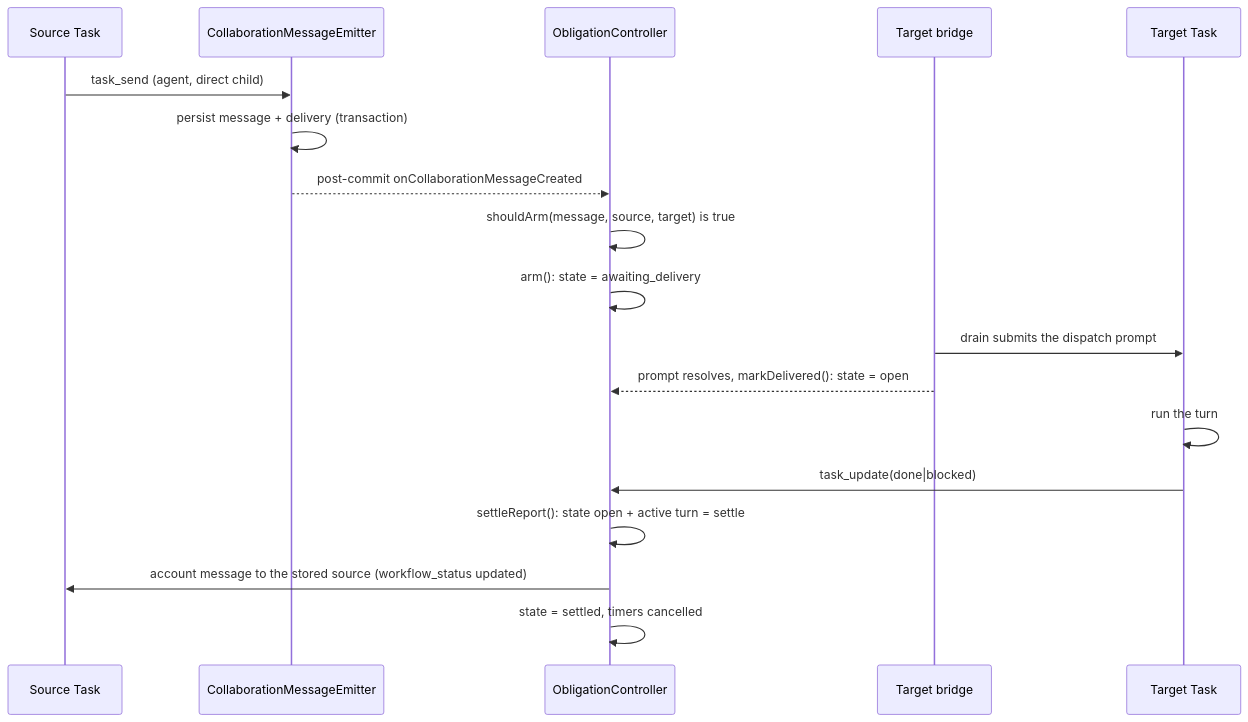
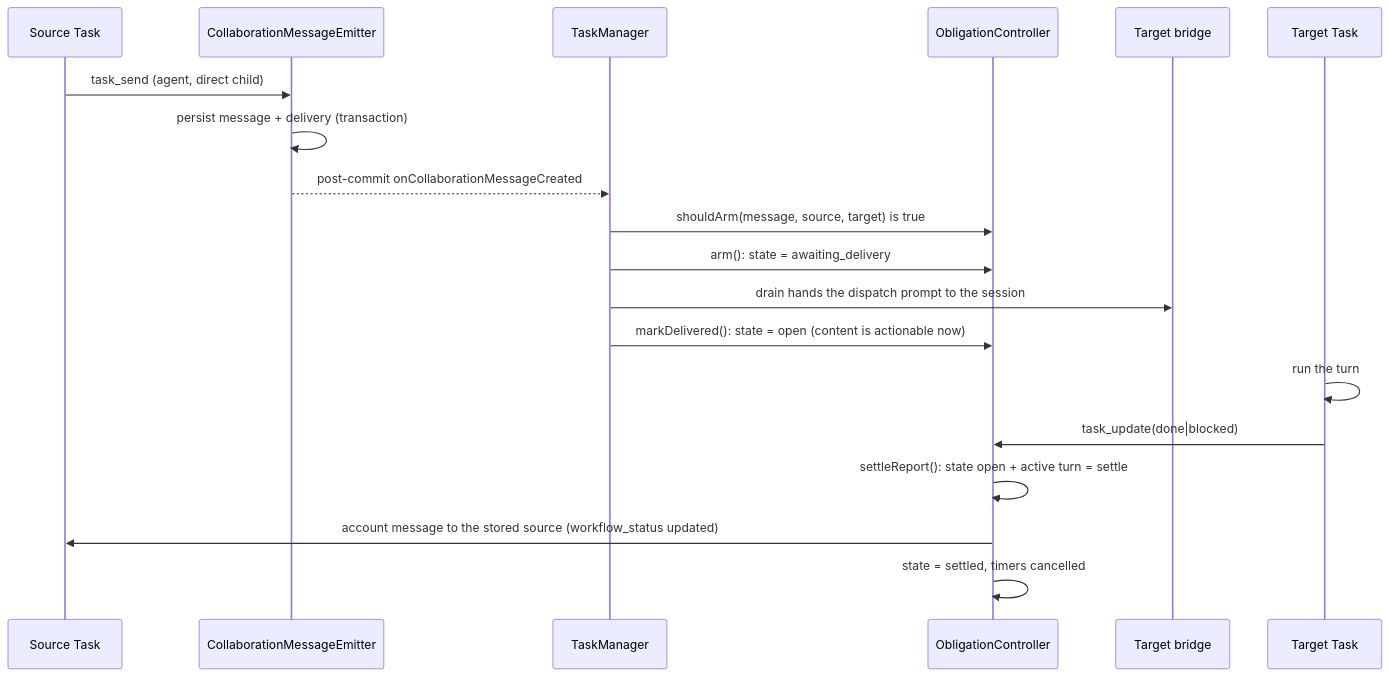
Before and after one commit to LelouchHe/webagent: the second of 6 diagrams in docs/task-mcp.md, drawn with Mermaid. The commit also changed other lines of this file and 6 other files, not shown here.

First line of the commit message:
fix(tasks): open the obligation when the dispatch is handed to the target

````diff
--- a/docs/task-mcp.md
+++ b/docs/task-mcp.md
@@ -188,21 +195,22 @@
 ```mermaid
 sequenceDiagram
     participant S as Source Task
     participant E as CollaborationMessageEmitter
+    participant M as TaskManager
     participant R as ObligationController
     participant B as Target bridge
     participant T as Target Task
 
     S->>E: task_send (agent, direct child)
     E->>E: persist message + delivery (transaction)
-    E-->>R: post-commit onCollaborationMessageCreated
-    R->>R: shouldArm(message, source, target) is true
-    R->>R: arm(): state = awaiting_delivery
-    B->>T: drain submits the dispatch prompt
-    B-->>R: prompt resolves, markDelivered(): state = open
+    E-->>M: post-commit onCollaborationMessageCreated
+    M->>R: shouldArm(message, source, target) is true
+    M->>R: arm(): state = awaiting_delivery
+    M->>B: drain hands the dispatch prompt to the session
+    M->>R: markDelivered(): state = open (content is actionable now)
     T->>T: run the turn
     T->>R: task_update(done|blocked)
     R->>R: settleReport(): state open + active turn = settle
     R->>S: account message to the stored source (workflow_status updated)
     R->>R: state = settled, timers cancelled
 ```
````
